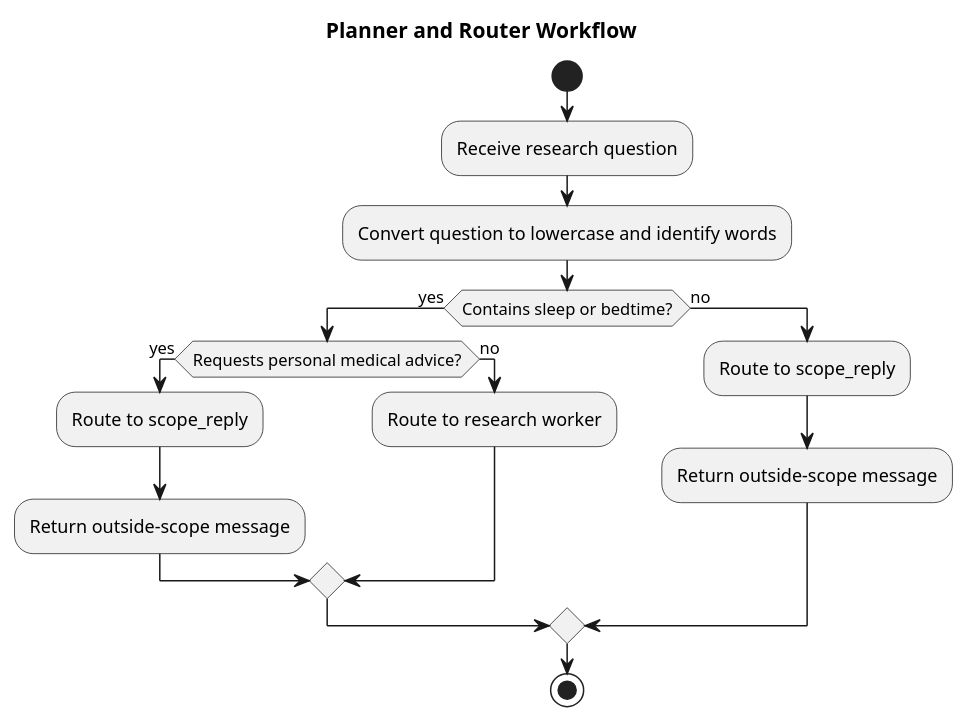
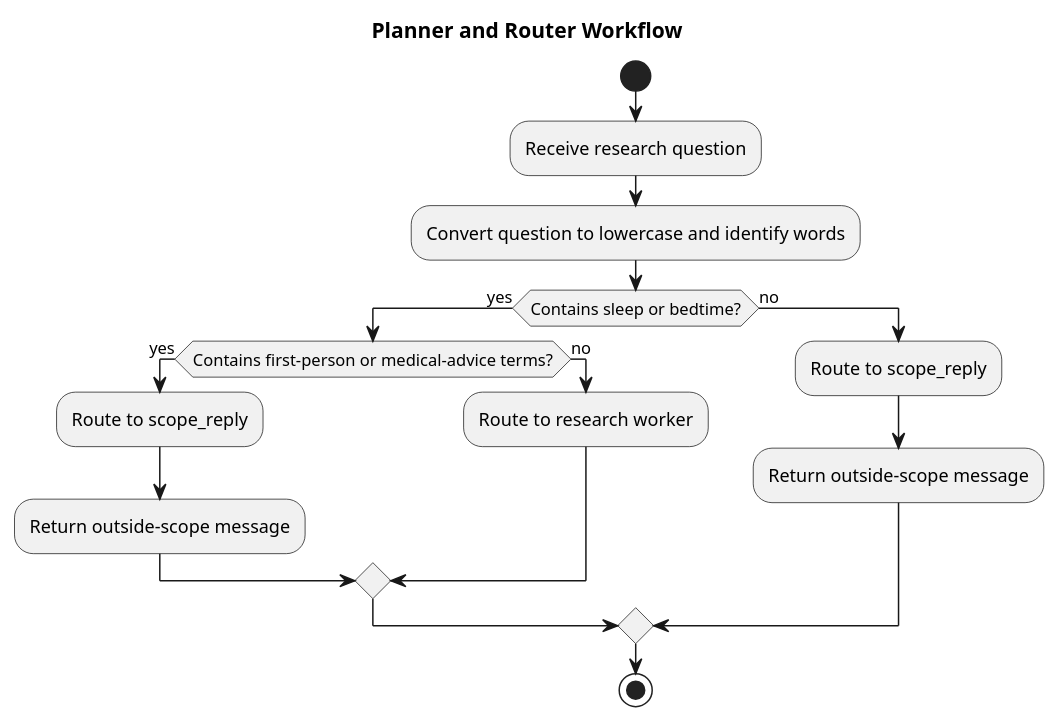
One commit to vkulesh-netizen/group-1 changed the diagram in diagrams/router_workflow.puml. Above: the diagram before and after it, drawn with PlantUML. The commit also changed 3 other files, not shown here.

```diff
--- a/diagrams/router_workflow.puml
+++ b/diagrams/router_workflow.puml
@@ -1,21 +1,21 @@
 @startuml
 title Planner and Router Workflow
 
 start
 :Receive research question;
 :Convert question to lowercase and identify words;
 
 if (Contains sleep or bedtime?) then (yes)
-    if (Requests personal medical advice?) then (yes)
+    if (Contains first-person or medical-advice terms?) then (yes)
         :Route to scope_reply;
         :Return outside-scope message;
     else (no)
         :Route to research worker;
     endif
 else (no)
     :Route to scope_reply;
     :Return outside-scope message;
 endif
 
 stop
 @enduml
```
